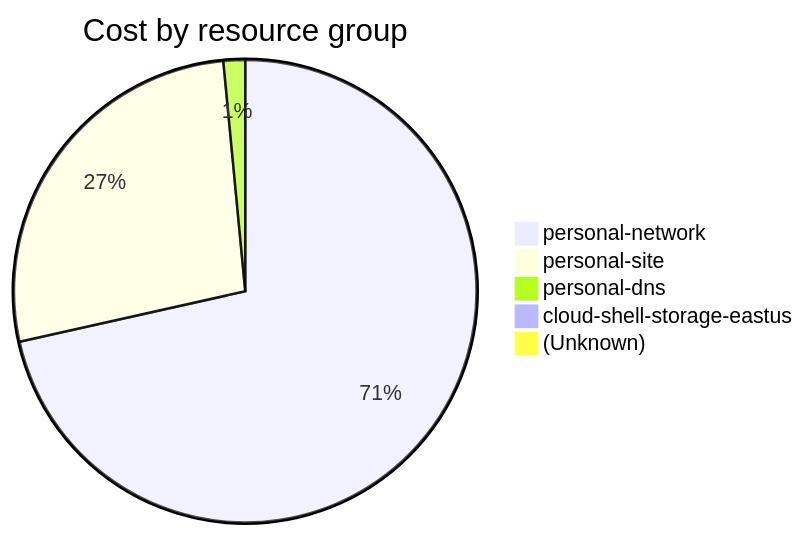
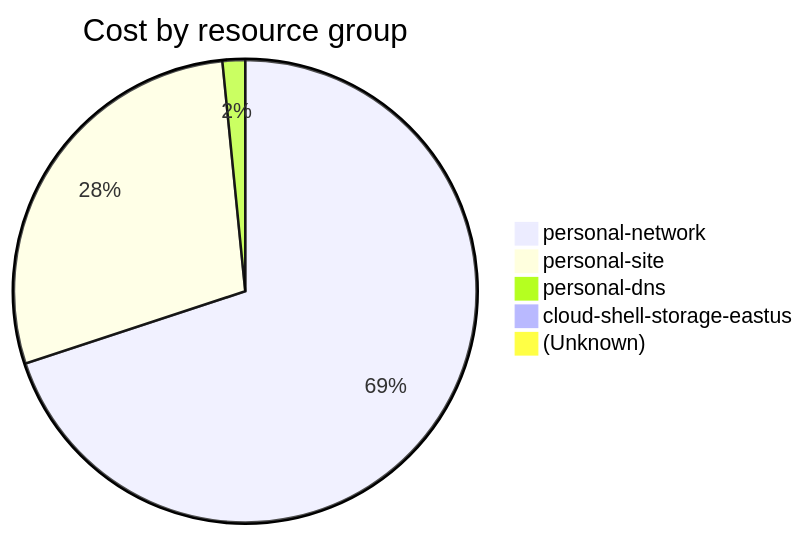
The fourth of 4 diagrams in cost-reports/accumulated-cost.md (jpfulton/azure-personal-reports), drawn with Mermaid before and after one commit. The commit also changed other lines of this file and 4 other files, not shown here.

````diff
--- a/cost-reports/accumulated-cost.md
+++ b/cost-reports/accumulated-cost.md
@@ -155,9 +155,9 @@
 ```mermaid
 pie
    title Cost by resource group
-   "personal-network" : 15.60
-   "personal-site" : 5.89
-   "personal-dns" : 0.33
-   "cloud-shell-storage-eastus" : 0.10
-   "(Unknown)" : 0.09
+   "personal-network" : 15.94
+   "personal-site" : 6.49
+   "personal-dns" : 0.36
+   "cloud-shell-storage-eastus" : 0.11
+   "(Unknown)" : 0.10
 ```
````
